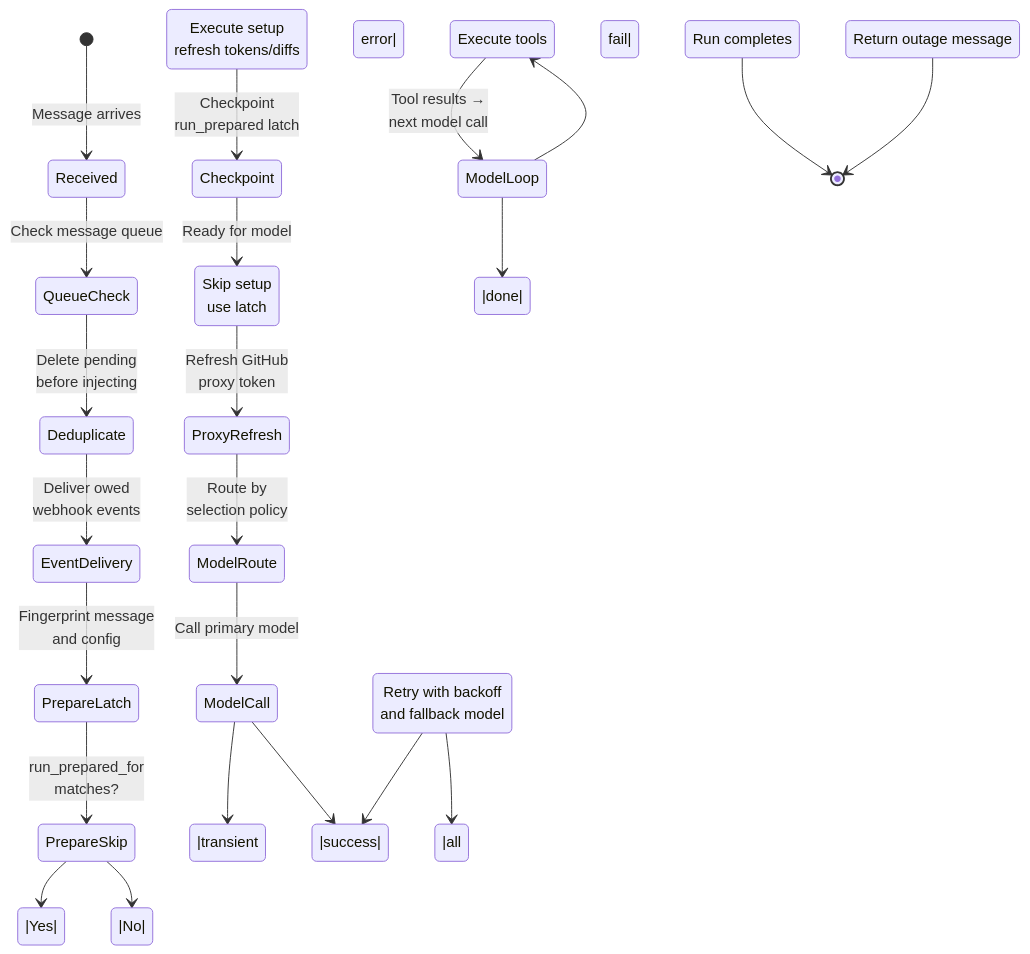
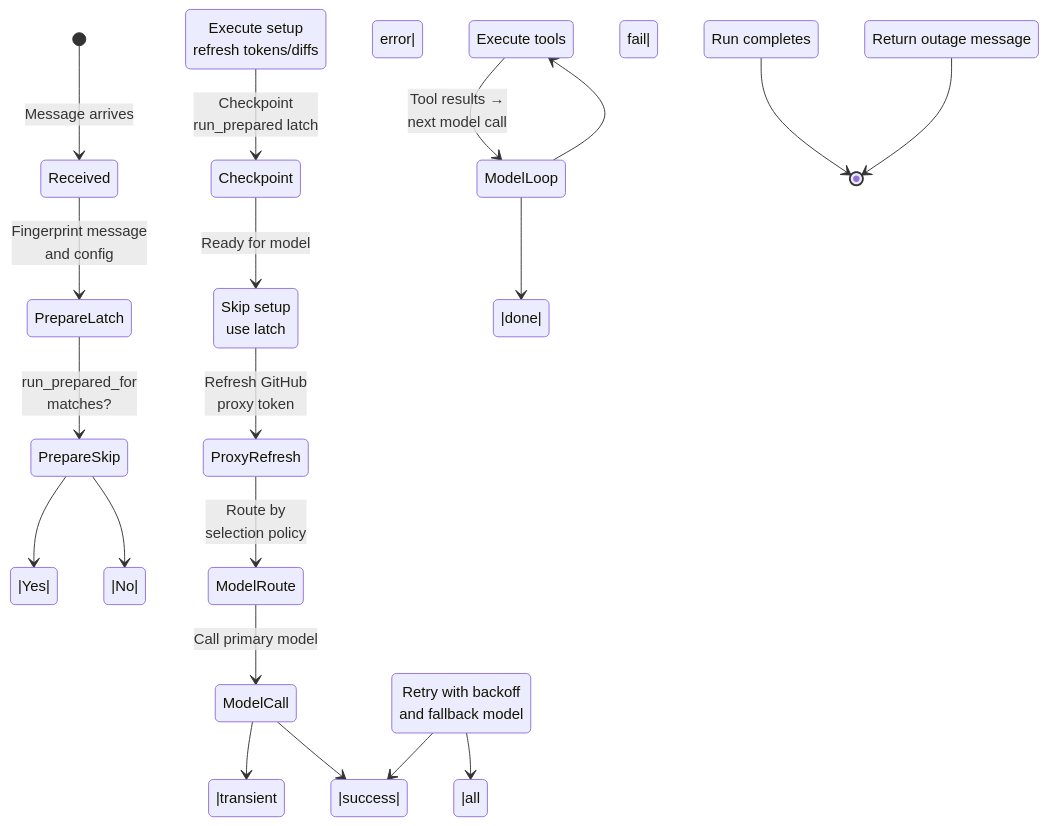
Before and after one commit to aeteq/open-swe: the diagram in openwiki/architecture/middleware-stack.md, drawn with Mermaid. The commit also changed other lines of this file and 46 other files, not shown here.

````diff
--- a/openwiki/architecture/middleware-stack.md
+++ b/openwiki/architecture/middleware-stack.md
@@ -221,25 +213,22 @@
 ```mermaid
 stateDiagram-v2
     [*] --> Received: Message arrives
-    Received --> QueueCheck: Check message queue
-    QueueCheck --> Deduplicate: Delete pending<br/>before injecting
-    Deduplicate --> EventDelivery: Deliver owed<br/>webhook events
-    EventDelivery --> PrepareLatch: Fingerprint message<br/>and config
+    Received --> PrepareLatch: Fingerprint message<br/>and config
     PrepareLatch --> PrepareSkip: run_prepared_for<br/>matches?
     PrepareSkip -->|Yes| ModelPrep: Skip setup<br/>use latch
     PrepareSkip -->|No| PrepareSetup: Execute setup<br/>refresh tokens/diffs
     PrepareSetup --> Checkpoint: Checkpoint<br/>run_prepared latch
     Checkpoint --> ModelPrep: Ready for model
     ModelPrep --> ProxyRefresh: Refresh GitHub<br/>proxy token
     ProxyRefresh --> ModelRoute: Route by<br/>selection policy
     ModelRoute --> ModelCall: Call primary model
     ModelCall -->|transient error| Fallback: Retry with backoff<br/>and fallback model
     Fallback -->|success| Tools: Execute tools
     Fallback -->|all fail| OutageMsg: Return outage message
     ModelCall -->|success| Tools
     Tools --> ModelLoop: Tool results →<br/>next model call
     ModelLoop --> Tools
     ModelLoop -->|done| Completion: Run completes
     Completion --> [*]
     OutageMsg --> [*]
 ```
````
